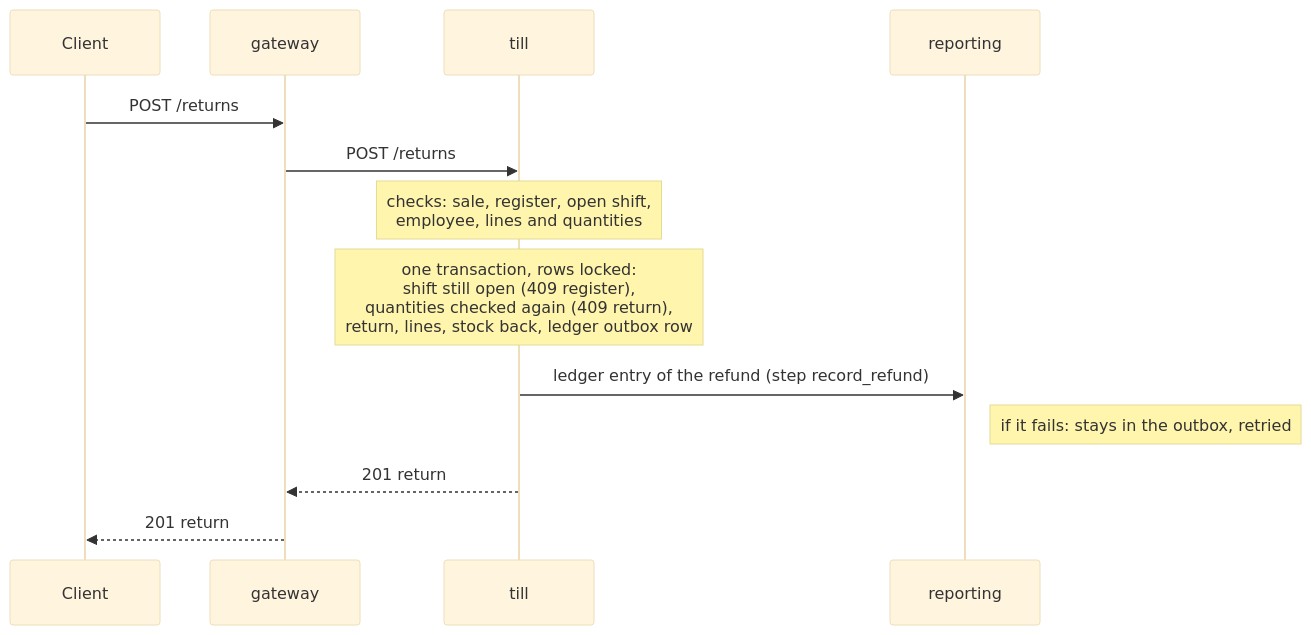
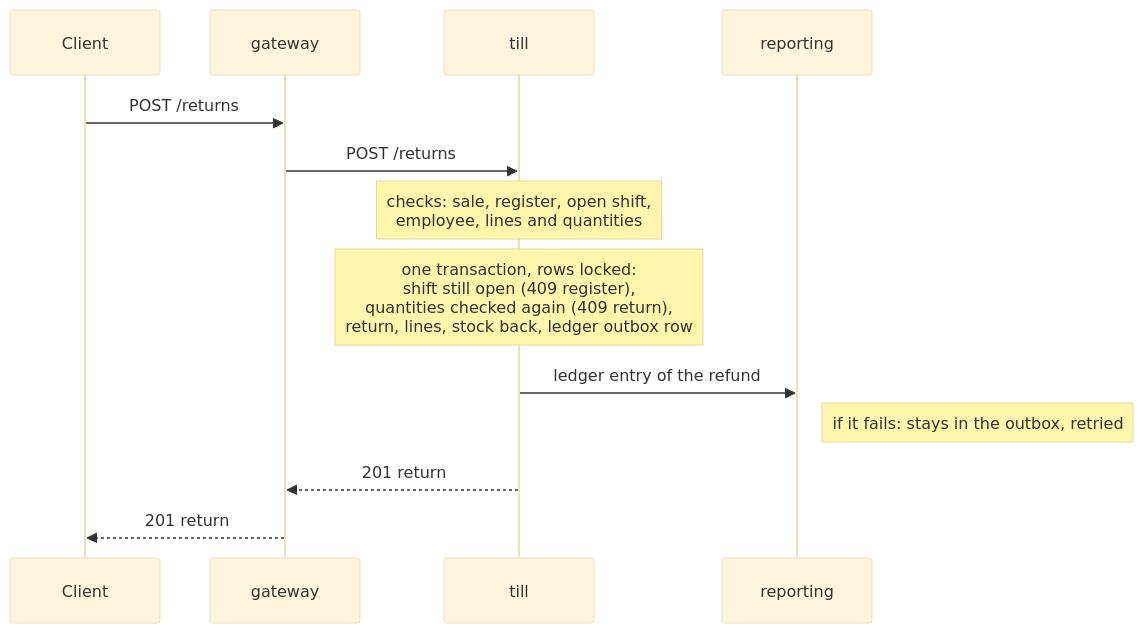
One commit to karliskalnakarklis/Group-F changed diagram 13 of 15 in docs/design.md. Above: the diagram before and after it, drawn with Mermaid (base theme). The commit also changed other lines of this file and 6 other files, not shown here.

````diff
--- a/docs/design.md
+++ b/docs/design.md
@@ -655,15 +672,15 @@
 ```mermaid
 sequenceDiagram
     participant C as Client
     participant G as gateway
     participant T as till
     participant R as reporting
     C->>G: POST /returns
     G->>T: POST /returns
     Note over T: checks: sale, register, open shift,<br/>employee, lines and quantities
     Note over T: one transaction, rows locked:<br/>shift still open (409 register),<br/>quantities checked again (409 return),<br/>return, lines, stock back, ledger outbox row
-    T->>R: ledger entry of the refund (step record_refund)
+    T->>R: ledger entry of the refund
     Note right of R: if it fails: stays in the outbox, retried
     T-->>G: 201 return
     G-->>C: 201 return
 ```
````
